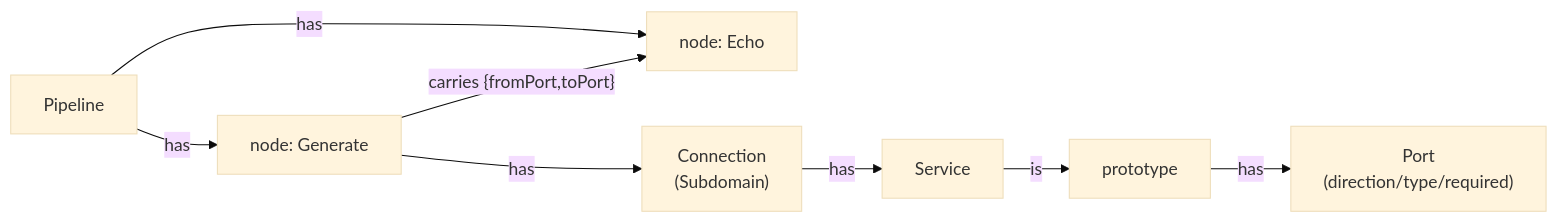
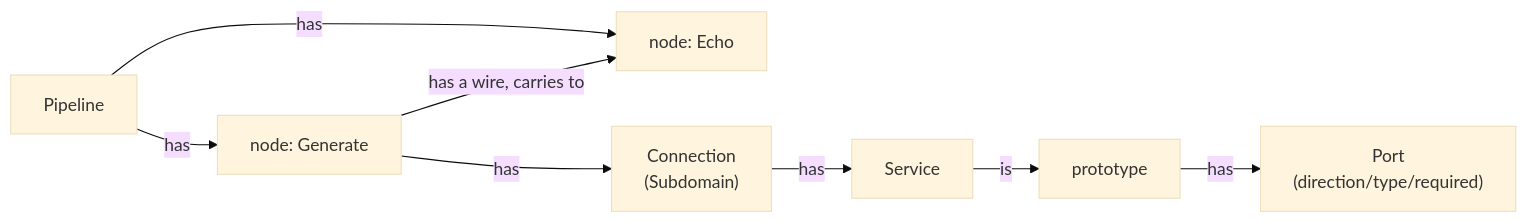
Before and after one commit to ReGen-Villages/VillageOS-API: the second of 3 diagrams in docs/SERVICES.md, drawn with Mermaid (base theme). The commit also changed other lines of this file and 1 other file, not shown here.

````diff
--- a/docs/SERVICES.md
+++ b/docs/SERVICES.md
@@ -1127,10 +1124,10 @@
 ```mermaid
 graph LR
   PIPE[Pipeline] -->|has| N1[node: Generate]
   PIPE -->|has| N2[node: Echo]
-  N1 -->|"carries {fromPort,toPort}"| N2
+  N1 -->|"has a wire, carries to"| N2
   N1 -->|has| C1["Connection<br/>(Subdomain)"]
   C1 -->|has| S1[Service]
   S1 -->|is| PROTO[prototype]
   PROTO -->|has| PORT["Port<br/>(direction/type/required)"]
 ```
````
